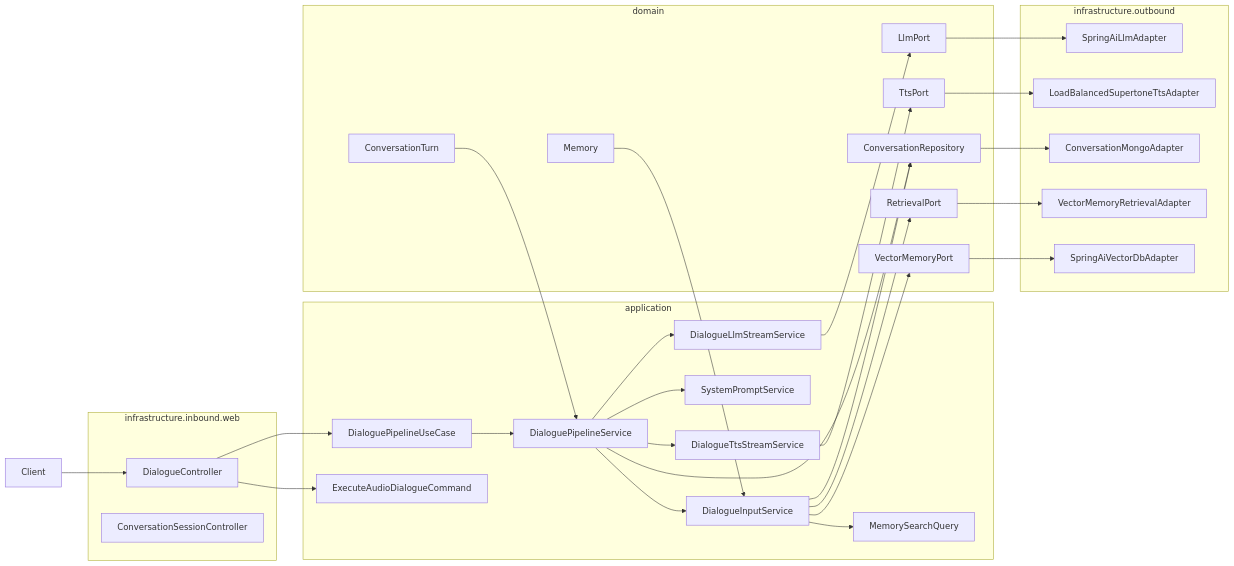
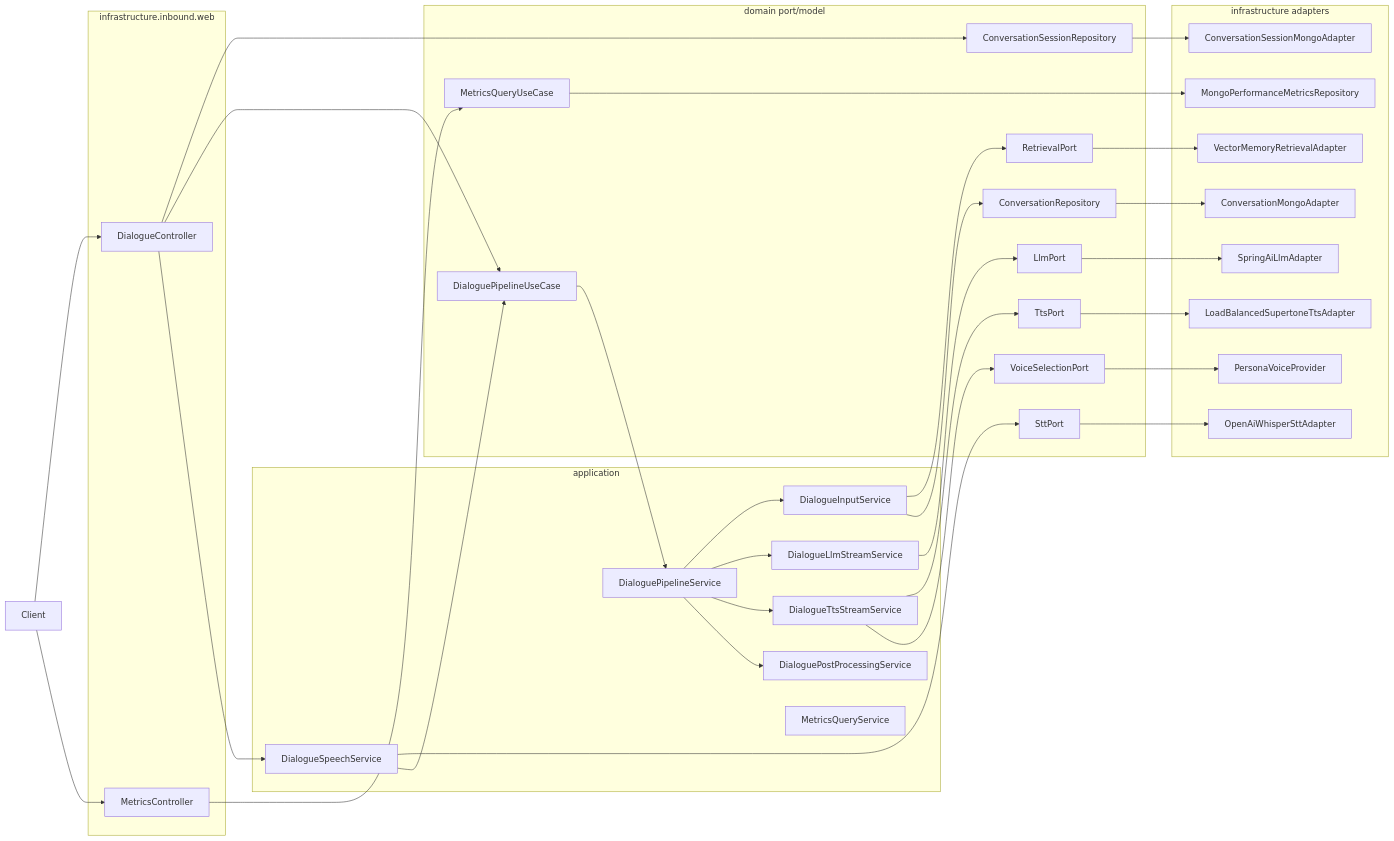
The first of 2 diagrams in docs/spec/tech/hexagonal-architecture-refactoring/README.md (ImGdevel/MIYOU_ai-voice-chat), drawn with Mermaid before and after one commit. The commit also changed other lines of this file, not shown here.

First line of the commit message:
📝 docs(architecture): 헥사고날 리팩토링 현황 문서 최신화 (#55)

````diff
--- a/docs/spec/tech/hexagonal-architecture-refactoring/README.md
+++ b/docs/spec/tech/hexagonal-architecture-refactoring/README.md
@@ -121,61 +51,69 @@
 ```mermaid
 flowchart LR
   Client["Client"]
 
   subgraph InfraIn["infrastructure.inbound.web"]
     DC["DialogueController"]
-    CSC["ConversationSessionController"]
+    MC["MetricsController"]
   end
 
   subgraph App["application"]
-    U1["DialoguePipelineUseCase"]
-    S1["DialoguePipelineService"]
-    S2["DialogueInputService"]
-    S3["SystemPromptService"]
-    S4["DialogueLlmStreamService"]
-    S5["DialogueTtsStreamService"]
-    C1["ExecuteAudioDialogueCommand"]
-    Q1["MemorySearchQuery"]
+    DS["DialogueSpeechService"]
+    DPS["DialoguePipelineService"]
+    DIS["DialogueInputService"]
+    DLS["DialogueLlmStreamService"]
+    DTS["DialogueTtsStreamService"]
+    DPP["DialoguePostProcessingService"]
+    MQS["MetricsQueryService"]
   end
 
-  subgraph Domain["domain"]
-    P1["LlmPort"]
-    P2["TtsPort"]
-    P3["ConversationRepository"]
-    P4["RetrievalPort"]
-    P5["VectorMemoryPort"]
-    M1["ConversationTurn"]
-    M2["Memory"]
+  subgraph Domain["domain port/model"]
+    DPU["DialoguePipelineUseCase"]
+    CR["ConversationRepository"]
+    CSR["ConversationSessionRepository"]
+    RP["RetrievalPort"]
+    LP["LlmPort"]
+    TP["TtsPort"]
+    SP["SttPort"]
+    VSP["VoiceSelectionPort"]
+    MQU["MetricsQueryUseCase"]
   end
 
-  subgraph InfraOut["infrastructure.outbound"]
-    A1["SpringAiLlmAdapter"]
-    A2["LoadBalancedSupertoneTtsAdapter"]
-    A3["ConversationMongoAdapter"]
-    A4["VectorMemoryRetrievalAdapter"]
-    A5["SpringAiVectorDbAdapter"]
+  subgraph InfraOut["infrastructure adapters"]
+    CMA["ConversationMongoAdapter"]
+    CSMA["ConversationSessionMongoAdapter"]
+    VRA["VectorMemoryRetrievalAdapter"]
+    SLA["SpringAiLlmAdapter"]
+    OWSA["OpenAiWhisperSttAdapter"]
+    LSTA["LoadBalancedSupertoneTtsAdapter"]
+    PVP["PersonaVoiceProvider"]
+    MPMR["MongoPerformanceMetricsRepository"]
   end
 
   Client --> DC
-  DC --> C1
-  DC --> U1
-  U1 --> S1
-  S1 --> S2
-  S1 --> S3
-  S1 --> S4
-  S1 --> S5
-  S2 --> Q1
-  S2 --> P4
-  S2 --> P3
-  S4 --> P1
-  S5 --> P2
-  S1 --> P3
-  S2 --> P5
-  P1 --> A1
-  P2 --> A2
-  P3 --> A3
-  P4 --> A4
-  P5 --> A5
-  M1 --> S1
-  M2 --> S2
+  Client --> MC
+  DC --> CSR
+  DC --> DPU
+  DC --> DS
+  MC --> MQU
+  DPU --> DPS
+  DS --> SP
+  DS --> DPU
+  DPS --> DIS
+  DPS --> DLS
+  DPS --> DTS
+  DPS --> DPP
+  DIS --> RP
+  DIS --> CR
+  DLS --> LP
+  DTS --> TP
+  DTS --> VSP
+  CSR --> CSMA
+  CR --> CMA
+  RP --> VRA
+  LP --> SLA
+  SP --> OWSA
+  TP --> LSTA
+  VSP --> PVP
+  MQU --> MPMR
 ```
````
